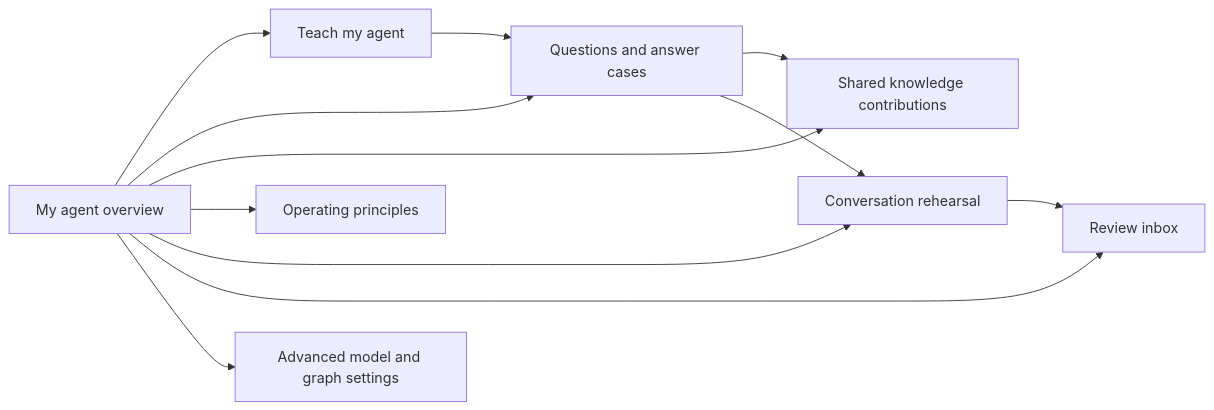
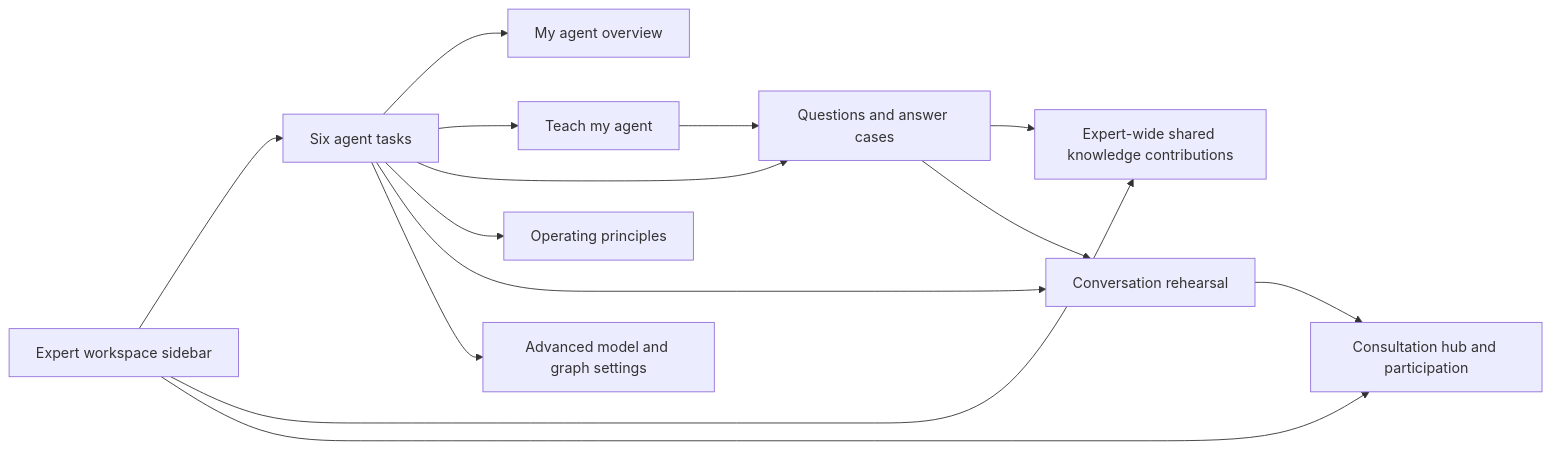
Before and after one commit to sanolamian12/neo-luddite: the first of 7 diagrams in design/agent-customization-flows.md, drawn with Mermaid. The commit also changed other lines of this file and 28 other files, not shown here.

````diff
--- a/design/agent-customization-flows.md
+++ b/design/agent-customization-flows.md
@@ -7,14 +7,16 @@
 ```mermaid
 flowchart LR
-  Home[My agent overview] --> Teach[Teach my agent]
-  Home --> Knowledge[Questions and answer cases]
-  Home --> Contributions[Shared knowledge contributions]
-  Home --> Rules[Operating principles]
-  Home --> Try[Conversation rehearsal]
-  Home --> Inbox[Review inbox]
-  Home --> Advanced[Advanced model and graph settings]
+  Sidebar[Expert workspace sidebar] --> Agent[Six agent tasks]
+  Sidebar --> Contributions[Expert-wide shared knowledge contributions]
+  Sidebar --> Inbox[Consultation hub and participation]
+  Agent --> Home[My agent overview]
+  Agent --> Teach[Teach my agent]
+  Agent --> Knowledge[Questions and answer cases]
+  Agent --> Rules[Operating principles]
+  Agent --> Try[Conversation rehearsal]
+  Agent --> Advanced[Advanced model and graph settings]
   Teach --> Knowledge
   Knowledge --> Contributions
   Knowledge --> Try
   Try --> Inbox
 ```
````
